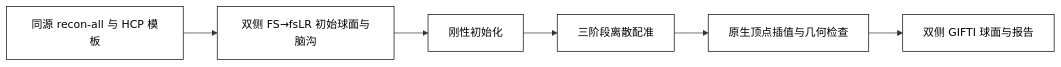
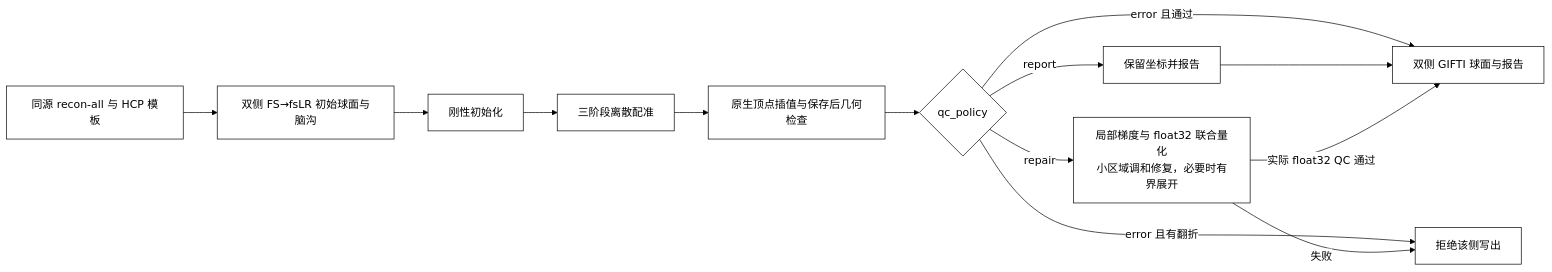
One commit to weikanggong1/Fudan-Neuroimaging-toolkit changed the diagram in docs/msm/README.md. Above: the diagram before and after it, drawn with Mermaid. The commit also changed other lines of this file and 68 other files, not shown here.

````diff
--- a/docs/msm/README.md
+++ b/docs/msm/README.md
@@ -17,10 +25,18 @@
 ```mermaid
+%%{init: {"theme": "base", "themeVariables": {"primaryColor": "#ffffff", "primaryTextColor": "#000000", "primaryBorderColor": "#000000", "lineColor": "#000000"}}}%%
 flowchart LR
     I[同源 recon-all 与 HCP 模板] --> P[双侧 FS→fsLR 初始球面与脑沟]
     P --> A[刚性初始化]
     A --> D[三阶段离散配准]
-    D --> N[原生顶点插值与几何检查]
-    N --> O[双侧 GIFTI 球面与报告]
+    D --> N[原生顶点插值与保存后几何检查]
+    N --> Q{qc_policy}
+    Q -->|report| R[保留坐标并报告]
+    Q -->|repair| U[局部梯度与 float32 联合量化<br/>小区域调和修复，必要时有界展开]
+    Q -->|error 且有翻折| E[拒绝该侧写出]
+    Q -->|error 且通过| O[双侧 GIFTI 球面与报告]
+    R --> O
+    U -->|实际 float32 QC 通过| O
+    U -->|失败| E
     classDef mono fill:#fff,stroke:#000,color:#000;
-    class I,P,A,D,N,O mono;
+    class I,P,A,D,N,Q,R,U,E,O mono;
 ```
````
